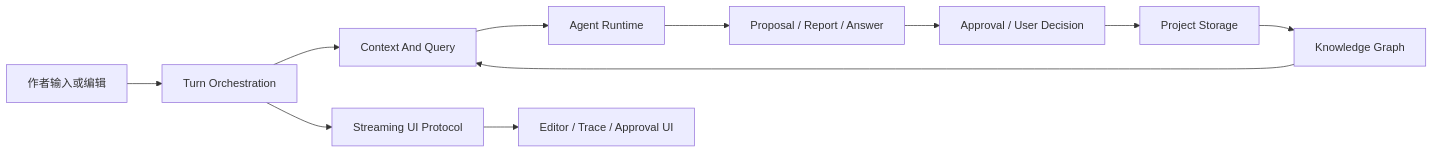
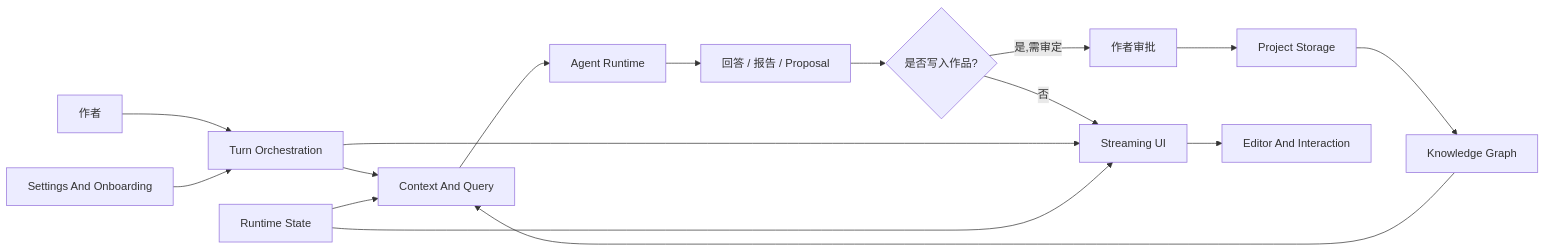
One commit to jinhuang712/open-novel changed the first of 3 diagrams in spec/00-system-contract.md. Above: the diagram before and after it, drawn with Mermaid. The commit also changed other lines of this file and 15 other files, not shown here.

````diff
--- a/spec/00-system-contract.md
+++ b/spec/00-system-contract.md
@@ -13,13 +11,18 @@
 ```mermaid
 flowchart LR
-  User[作者输入或编辑] --> Turn[Turn Orchestration]
+  Author[作者] --> Turn[Turn Orchestration]
   Turn --> Context[Context And Query]
   Context --> Agent[Agent Runtime]
-  Agent --> Proposal[Proposal / Report / Answer]
-  Proposal --> Approval[Approval / User Decision]
-  Approval --> Storage[Project Storage]
+  Agent --> Draft[回答 / 报告 / Proposal]
+  Draft --> Approval{是否写入作品?}
+  Approval -->|否| Stream[Streaming UI]
+  Approval -->|是,需审定| Decision[作者审批]
+  Decision --> Storage[Project Storage]
   Storage --> KG[Knowledge Graph]
   KG --> Context
-  Turn --> Stream[Streaming UI Protocol]
-  Stream --> UI[Editor / Trace / Approval UI]
+  Turn --> Stream
+  Stream --> Editor[Editor And Interaction]
+  Settings[Settings And Onboarding] --> Turn
+  Runtime[Runtime State] --> Context
+  Runtime --> Stream
 ```
````
